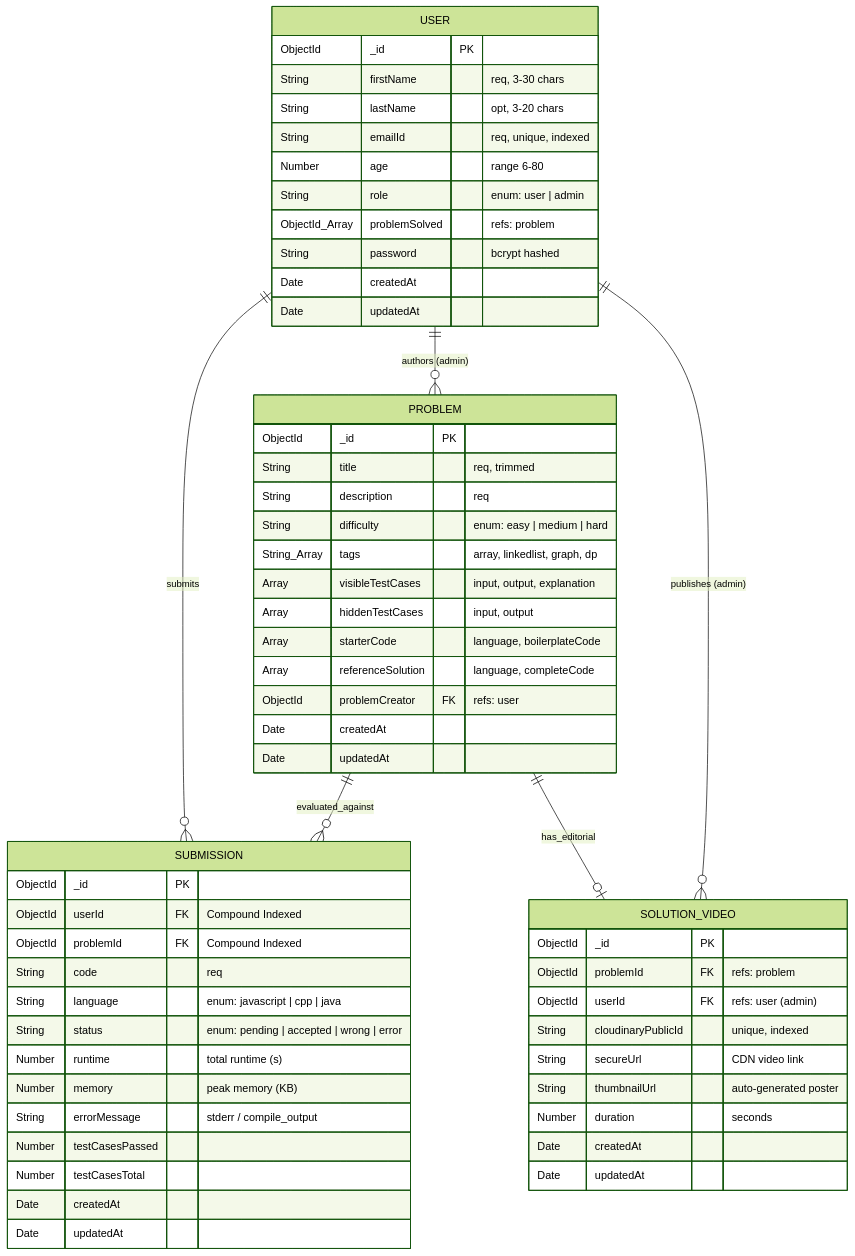
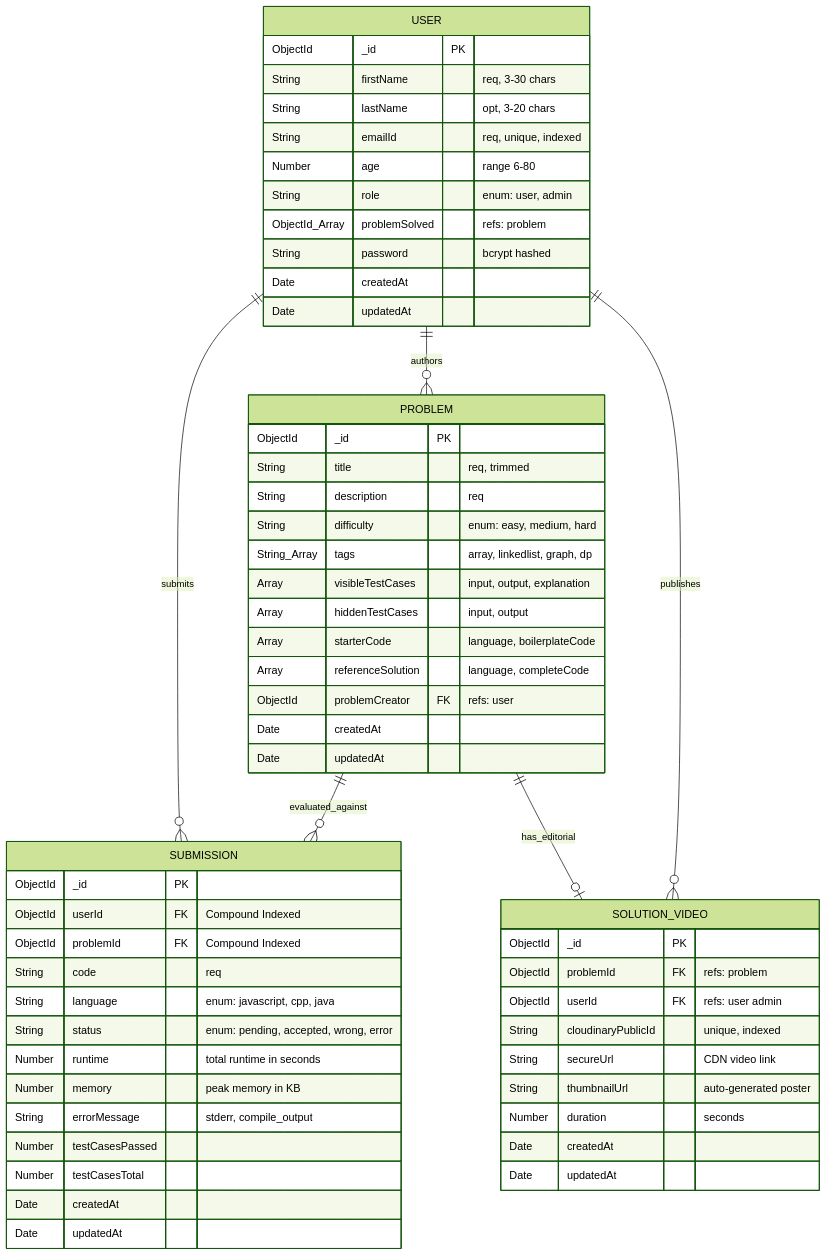
The fifth of 5 diagrams in README.md (Hardoo-009/NexCode-backend), drawn with Mermaid (forest theme) before and after one commit. The commit also changed other lines of this file, not shown here.

Commit message:
Refactor README for clarity: update router descriptions, improve sequence diagram annotations, and enhance enum formatting

````diff
--- a/README.md
+++ b/README.md
@@ -204,64 +204,64 @@
 ```mermaid
 erDiagram
     USER ||--o{ SUBMISSION : "submits"
-    USER ||--o{ PROBLEM : "authors (admin)"
-    USER ||--o{ SOLUTION_VIDEO : "publishes (admin)"
+    USER ||--o{ PROBLEM : "authors"
+    USER ||--o{ SOLUTION_VIDEO : "publishes"
     PROBLEM ||--o{ SUBMISSION : "evaluated_against"
     PROBLEM ||--o| SOLUTION_VIDEO : "has_editorial"
 
     USER {
         ObjectId _id PK
         String firstName "req, 3-30 chars"
         String lastName "opt, 3-20 chars"
         String emailId "req, unique, indexed"
         Number age "range 6-80"
-        String role "enum: user | admin"
+        String role "enum: user, admin"
         ObjectId_Array problemSolved "refs: problem"
         String password "bcrypt hashed"
         Date createdAt
         Date updatedAt
     }
 
     PROBLEM {
         ObjectId _id PK
         String title "req, trimmed"
         String description "req"
-        String difficulty "enum: easy | medium | hard"
+        String difficulty "enum: easy, medium, hard"
         String_Array tags "array, linkedlist, graph, dp"
         Array visibleTestCases "input, output, explanation"
         Array hiddenTestCases "input, output"
         Array starterCode "language, boilerplateCode"
         Array referenceSolution "language, completeCode"
         ObjectId problemCreator FK "refs: user"
         Date createdAt
         Date updatedAt
     }
 
     SUBMISSION {
         ObjectId _id PK
         ObjectId userId FK "Compound Indexed"
         ObjectId problemId FK "Compound Indexed"
         String code "req"
-        String language "enum: javascript | cpp | java"
-        String status "enum: pending | accepted | wrong | error"
-        Number runtime "total runtime (s)"
-        Number memory "peak memory (KB)"
-        String errorMessage "stderr / compile_output"
+        String language "enum: javascript, cpp, java"
+        String status "enum: pending, accepted, wrong, error"
+        Number runtime "total runtime in seconds"
+        Number memory "peak memory in KB"
+        String errorMessage "stderr, compile_output"
         Number testCasesPassed
         Number testCasesTotal
         Date createdAt
         Date updatedAt
     }
 
     SOLUTION_VIDEO {
         ObjectId _id PK
         ObjectId problemId FK "refs: problem"
-        ObjectId userId FK "refs: user (admin)"
+        ObjectId userId FK "refs: user admin"
         String cloudinaryPublicId "unique, indexed"
         String secureUrl "CDN video link"
         String thumbnailUrl "auto-generated poster"
         Number duration "seconds"
         Date createdAt
         Date updatedAt
     }
 ```
````
